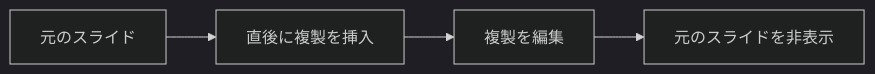
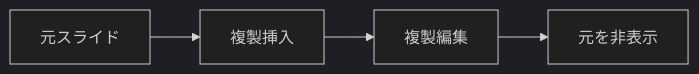
One commit to ac-nakamura-y/.claude changed the diagram in skills/slide-editing/SKILL.md. Above: the diagram before and after it, drawn with Mermaid (dark theme). The commit also changed other lines of this file, not shown here.

````diff
--- a/skills/slide-editing/SKILL.md
+++ b/skills/slide-editing/SKILL.md
@@ -27,6 +25,6 @@
 ```mermaid
 flowchart LR
-  original[元のスライド] --> duplicate[直後に複製を挿入]
-  duplicate --> edit[複製を編集]
-  edit --> hide[元のスライドを非表示]
+  original[元スライド] --> duplicate[複製挿入]
+  duplicate --> edit[複製編集]
+  edit --> hide[元を非表示]
 ```
````
